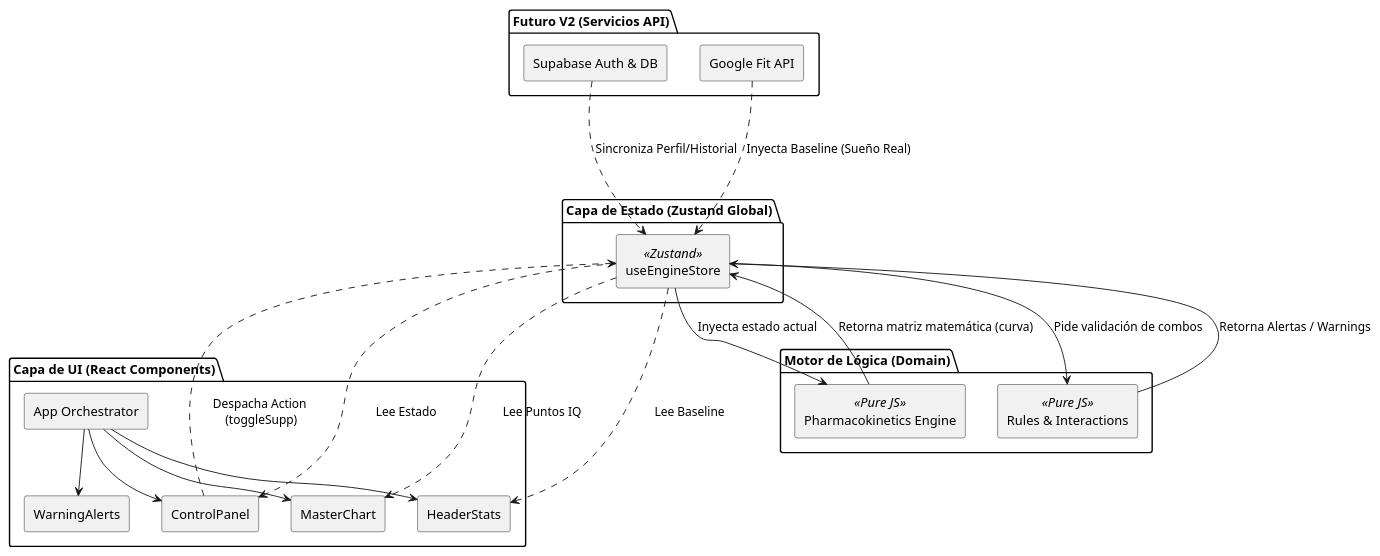
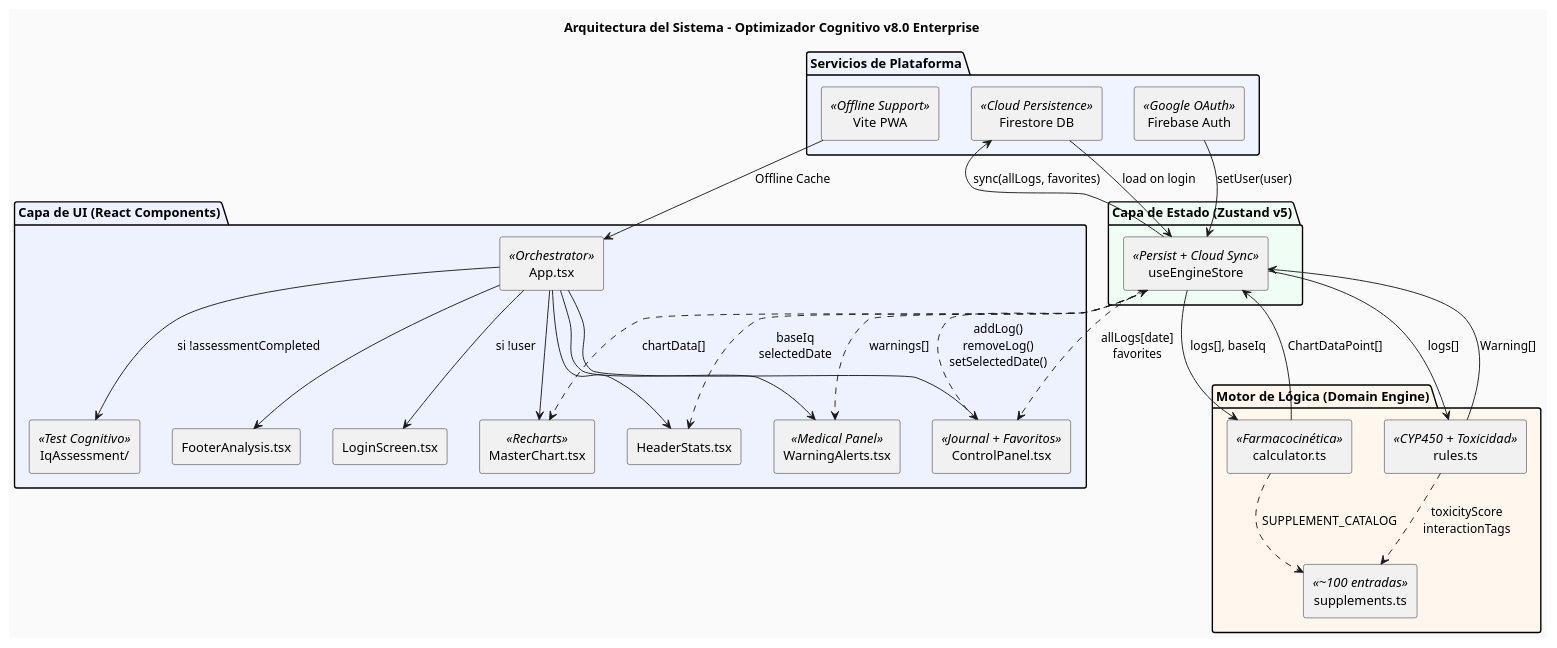
Before and after one commit to Camilo-Alberto-Palacio/optimizador-cognitivo: the diagram in diagramas/architecture.puml, drawn with PlantUML. The commit also changed 3 other files, not shown here.

Commit message:
Docs: Update all 4 PlantUML diagrams to reflect v8.0 architecture (journal, medical engine, auth)

```diff
--- a/diagramas/architecture.puml
+++ b/diagramas/architecture.puml
@@ -1,48 +1,63 @@
-@startuml Architecture
+@startuml Architecture_v2
 skinparam componentStyle rectangle
+skinparam backgroundColor #FAFAFA
+title Arquitectura del Sistema - Optimizador Cognitivo v8.0 Enterprise
 
-package "Capa de UI (React Components)" {
-  [App Orchestrator] as App
-  [ControlPanel] as Control
-  [MasterChart] as Chart
-  [HeaderStats] as Stats
-  [WarningAlerts] as Alerts
+package "Capa de UI (React Components)" #EEF2FF {
+  [App.tsx] as App <<Orchestrator>>
+  [ControlPanel.tsx] as Control <<Journal + Favoritos>>
+  [MasterChart.tsx] as Chart <<Recharts>>
+  [HeaderStats.tsx] as Stats
+  [WarningAlerts.tsx] as Alerts <<Medical Panel>>
+  [LoginScreen.tsx] as Login
+  [IqAssessment/] as IQ <<Test Cognitivo>>
+  [FooterAnalysis.tsx] as Footer
 }
 
-package "Capa de Estado (Zustand Global)" {
-  [useEngineStore] as Store << Zustand >>
+package "Capa de Estado (Zustand v5)" #F0FDF4 {
+  [useEngineStore] as Store <<Persist + Cloud Sync>>
 }
 
-package "Motor de Lógica (Domain)" {
-  [Pharmacokinetics Engine] as CalcEngine << Pure JS >>
-  [Rules & Interactions] as RulesEngine << Pure JS >>
+package "Motor de Lógica (Domain Engine)" #FFF7ED {
+  [calculator.ts] as CalcEngine <<Farmacocinética>>
+  [rules.ts] as RulesEngine <<CYP450 + Toxicidad>>
+  [supplements.ts] as Catalog <<~100 entradas>>
 }
 
-package "Futuro V2 (Servicios API)" as Future {
-  [Supabase Auth & DB] as DB
-  [Google Fit API] as GFit
+package "Servicios de Plataforma" #F0F4FF {
+  [Firebase Auth] as Auth <<Google OAuth>>
+  [Firestore DB] as DB <<Cloud Persistence>>
+  [Vite PWA] as PWA <<Offline Support>>
 }
 
-' Relaciones UI a Zustand
+' UI a Zustand
 App --> Control
 App --> Chart
 App --> Stats
 App --> Alerts
+App --> Footer
+App --> Login : "si !user"
+App --> IQ : "si !assessmentCompleted"
 
-Store -.-> Control : Lee Estado
-Store -.-> Chart : Lee Puntos IQ
-Store -.-> Stats : Lee Baseline
-Control -.-> Store : Despacha Action \n(toggleSupp)
+Store ..> Control : "allLogs[date]\nfavorites"
+Store ..> Chart : "chartData[]"
+Store ..> Stats : "baseIq\nselectedDate"
+Store ..> Alerts : "warnings[]"
 
-' Relaciones Zustand a Motor
-Store -down-> CalcEngine : Inyecta estado actual
-CalcEngine -up-> Store : Retorna matriz matemática (curva)
+Control ..> Store : "addLog()\nremoveLog()\nsetSelectedDate()"
 
-Store -down-> RulesEngine : Pide validación de combos
-RulesEngine -up-> Store : Retorna Alertas / Warnings
+' Zustand a Motor
+Store -down-> CalcEngine : "logs[], baseIq"
+CalcEngine -up-> Store : "ChartDataPoint[]"
+Store -down-> RulesEngine : "logs[]"
+RulesEngine -up-> Store : "Warning[]"
+CalcEngine ..> Catalog : "SUPPLEMENT_CATALOG"
+RulesEngine ..> Catalog : "toxicityScore\ninteractionTags"
 
-' Relaciones a V2
-DB -.-> Store : Sincroniza Perfil/Historial
-GFit -.-> Store : Inyecta Baseline (Sueño Real)
+' Servicios
+Auth --> Store : "setUser(user)"
+Store --> DB : "sync(allLogs, favorites)"
+DB --> Store : "load on login"
+PWA --> App : "Offline Cache"
 
 @enduml
```
